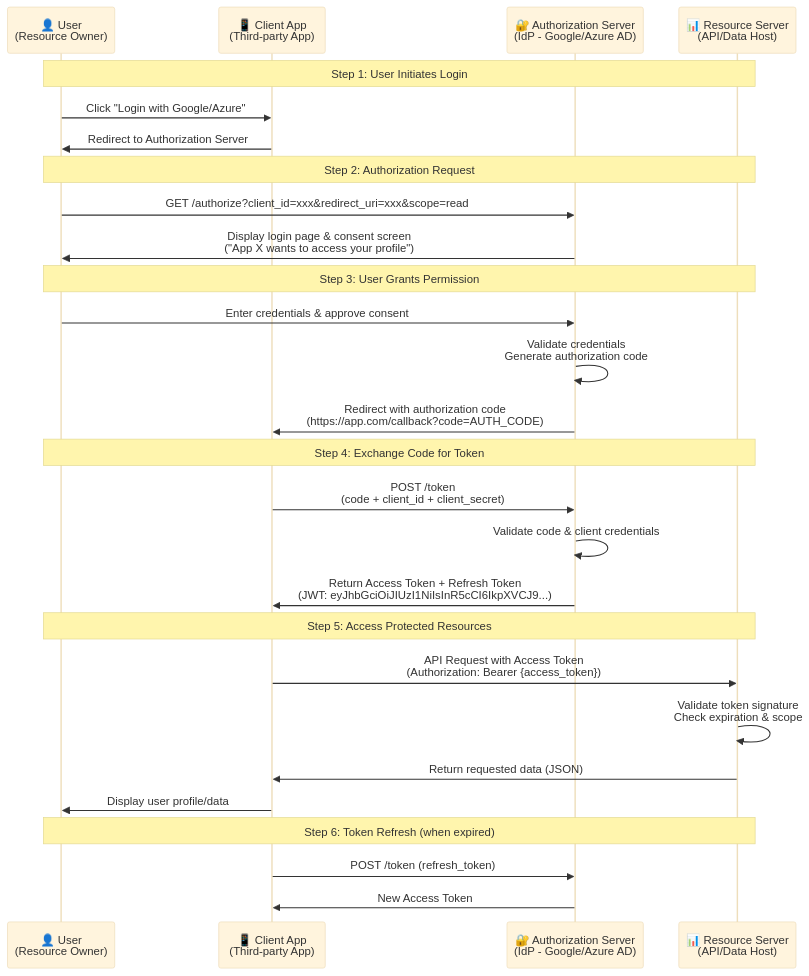
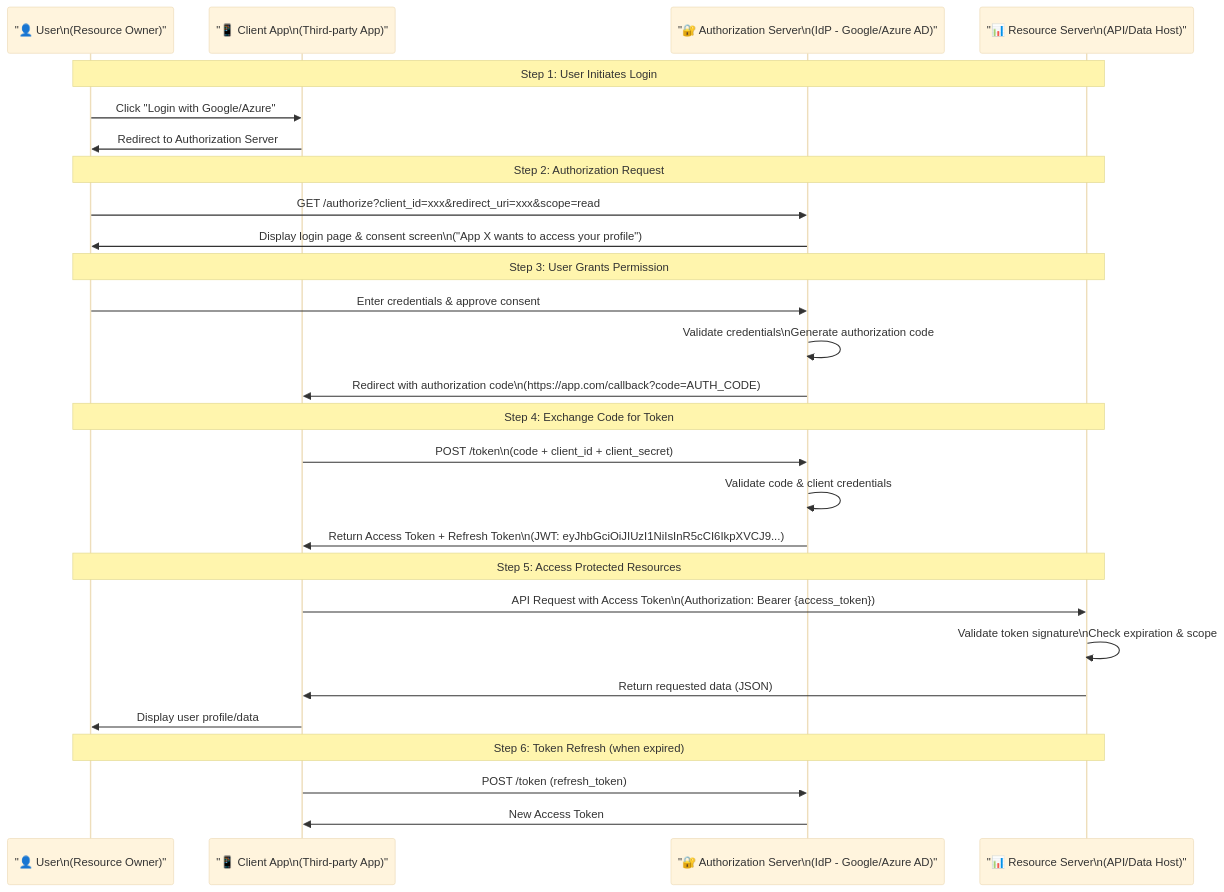
The sixth of 6 diagrams in content/study-notes/security/offensive-security/ThreatIntelligenceAssessment.md (Maverick-sudo/Academy-WebApp), drawn with Mermaid (base theme) before and after one commit. The commit also changed other lines of this file and 204 other files, not shown here.

````diff
--- a/content/study-notes/security/offensive-security/ThreatIntelligenceAssessment.md
+++ b/content/study-notes/security/offensive-security/ThreatIntelligenceAssessment.md
@@ -1204,35 +1204,35 @@
 ```mermaid
 sequenceDiagram
-    participant U as 👤 User<br/>(Resource Owner)
-    participant C as 📱 Client App<br/>(Third-party App)
-    participant A as 🔐 Authorization Server<br/>(IdP - Google/Azure AD)
-    participant R as 📊 Resource Server<br/>(API/Data Host)
+    participant U as "👤 User\n(Resource Owner)"
+    participant C as "📱 Client App\n(Third-party App)"
+    participant A as "🔐 Authorization Server\n(IdP - Google/Azure AD)"
+    participant R as "📊 Resource Server\n(API/Data Host)"
     
     Note over U,R: Step 1: User Initiates Login
     U->>C: Click "Login with Google/Azure"
     C->>U: Redirect to Authorization Server
     
     Note over U,R: Step 2: Authorization Request
     U->>A: GET /authorize?client_id=xxx&redirect_uri=xxx&scope=read
-    A->>U: Display login page & consent screen<br/>("App X wants to access your profile")
+    A->>U: Display login page & consent screen\n("App X wants to access your profile")
     
     Note over U,R: Step 3: User Grants Permission
     U->>A: Enter credentials & approve consent
-    A->>A: Validate credentials<br/>Generate authorization code
-    A->>C: Redirect with authorization code<br/>(https://app.com/callback?code=AUTH_CODE)
+    A->>A: Validate credentials\nGenerate authorization code
+    A->>C: Redirect with authorization code\n(https://app.com/callback?code=AUTH_CODE)
     
     Note over U,R: Step 4: Exchange Code for Token
-    C->>A: POST /token<br/>(code + client_id + client_secret)
+    C->>A: POST /token\n(code + client_id + client_secret)
     A->>A: Validate code & client credentials
-    A->>C: Return Access Token + Refresh Token<br/>(JWT: eyJhbGciOiJIUzI1NiIsInR5cCI6IkpXVCJ9...)
+    A->>C: Return Access Token + Refresh Token\n(JWT: eyJhbGciOiJIUzI1NiIsInR5cCI6IkpXVCJ9...)
     
     Note over U,R: Step 5: Access Protected Resources
-    C->>R: API Request with Access Token<br/>(Authorization: Bearer {access_token})
-    R->>R: Validate token signature<br/>Check expiration & scope
+    C->>R: API Request with Access Token\n(Authorization: Bearer {access_token})
+    R->>R: Validate token signature\nCheck expiration & scope
     R->>C: Return requested data (JSON)
     C->>U: Display user profile/data
     
     Note over U,R: Step 6: Token Refresh (when expired)
     C->>A: POST /token (refresh_token)
     A->>C: New Access Token
 ```
````
